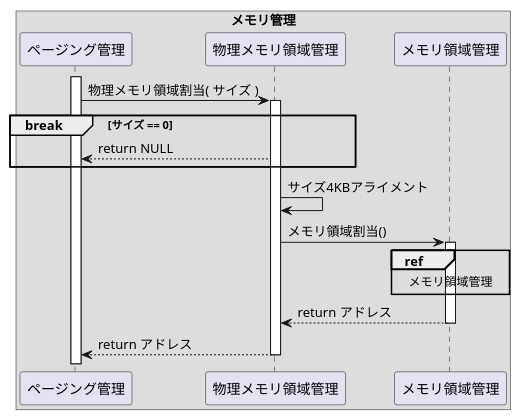
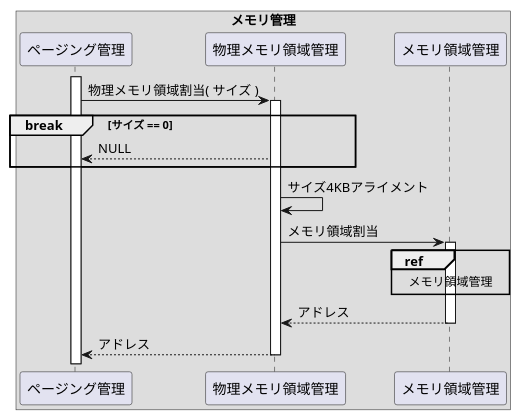
Before and after one commit to MasterMochi/MochiKernel: the diagram in docs/docs/internal/Memmng/Phys/alloc.puml, drawn with PlantUML. The commit also changed 6 other files, not shown here.

```diff
--- a/docs/docs/internal/Memmng/Phys/alloc.puml
+++ b/docs/docs/internal/Memmng/Phys/alloc.puml
@@ -1,31 +1,31 @@
 @startuml
 
 box "メモリ管理"
     participant "ページング管理"     as page
     participant "物理メモリ領域管理" as phys
     participant "メモリ領域管理"     as area
 end box
 
 activate page
 
 page -> phys: 物理メモリ領域割当( サイズ )
 activate phys
 
 break サイズ == 0
-    page <-- phys: return NULL
+    page <-- phys: NULL
 end break
 
 phys -> phys: サイズ4KBアライメント
 
-phys -> area: メモリ領域割当()
+phys -> area: メモリ領域割当
 activate area
 
 ref over area: メモリ領域管理
 
-phys <-- area: return アドレス
+phys <-- area: アドレス
 deactivate area
 
-page <-- phys: return アドレス
+page <-- phys: アドレス
 deactivate phys
 
 @enduml
```
